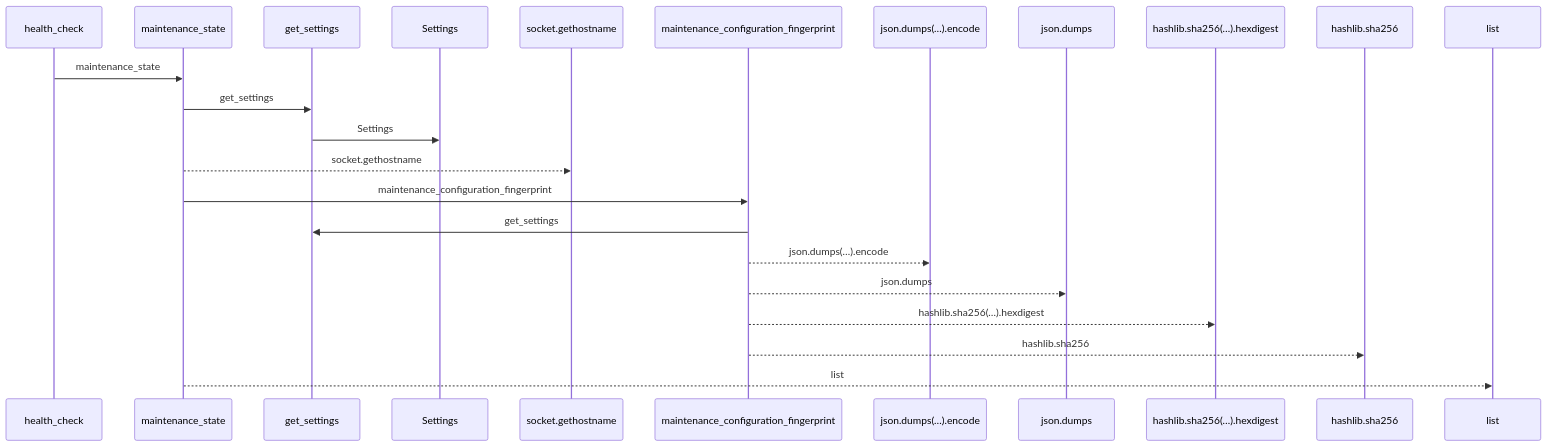
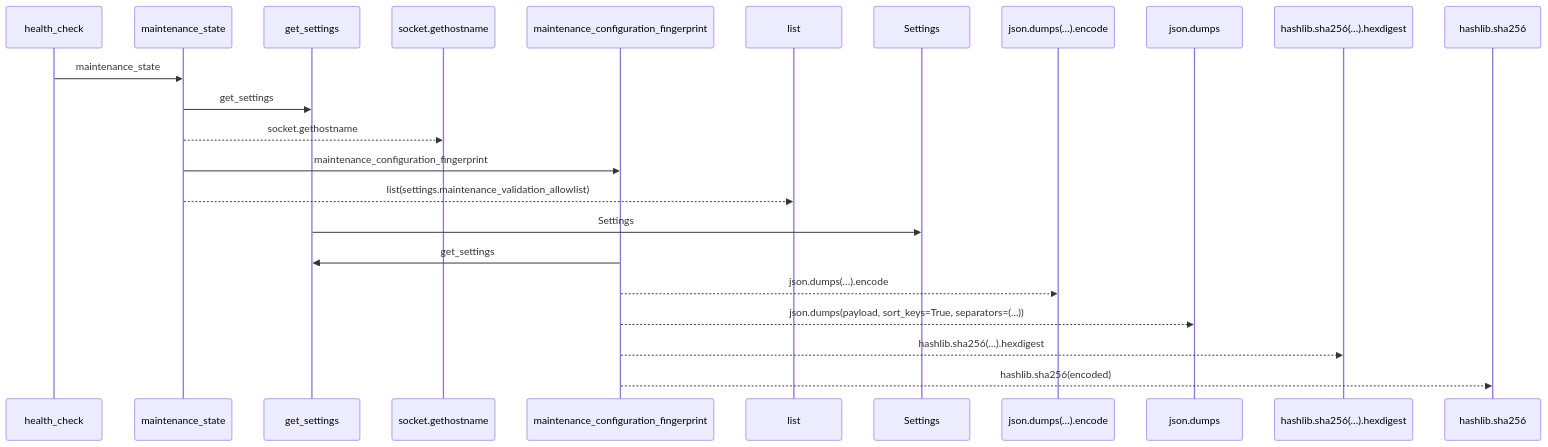
One commit to Denissvgn/WorkChord changed the first of 2 diagrams in docs/llm_wiki/flows/http-health_check.md. Above: the diagram before and after it, drawn with Mermaid. The commit also changed other lines of this file and 25171 other files, not shown here.

````diff
--- a/docs/llm_wiki/flows/http-health_check.md
+++ b/docs/llm_wiki/flows/http-health_check.md
@@ -10,25 +12,25 @@
 ```mermaid
 sequenceDiagram
     participant p0 as health_check
     participant p1 as maintenance_state
     participant p2 as get_settings
-    participant p3 as Settings
-    participant p4 as socket.gethostname
-    participant p5 as maintenance_configuration_fingerprint
-    participant p6 as json.dumps(…).encode
-    participant p7 as json.dumps
-    participant p8 as hashlib.sha256(…).hexdigest
-    participant p9 as hashlib.sha256
-    participant p10 as list
+    participant p3 as socket.gethostname
+    participant p4 as maintenance_configuration_fingerprint
+    participant p5 as list
+    participant p6 as Settings
+    participant p7 as json.dumps(…).encode
+    participant p8 as json.dumps
+    participant p9 as hashlib.sha256(…).hexdigest
+    participant p10 as hashlib.sha256
     p0->>p1: maintenance_state
     p1->>p2: get_settings
-    p2->>p3: Settings
-    p1-->>p4: socket.gethostname
-    p1->>p5: maintenance_configuration_fingerprint
-    p5->>p2: get_settings
-    p5-->>p6: json.dumps(…).encode
-    p5-->>p7: json.dumps
-    p5-->>p8: hashlib.sha256(…).hexdigest
-    p5-->>p9: hashlib.sha256
-    p1-->>p10: list
+    p1-->>p3: socket.gethostname
+    p1->>p4: maintenance_configuration_fingerprint
+    p1-->>p5: list(settings.maintenance_validation_allowlist)
+    p2->>p6: Settings
+    p4->>p2: get_settings
+    p4-->>p7: json.dumps(…).encode
+    p4-->>p8: json.dumps(payload, sort_keys=True, separators=(...))
+    p4-->>p9: hashlib.sha256(…).hexdigest
+    p4-->>p10: hashlib.sha256(encoded)
 ```
````
